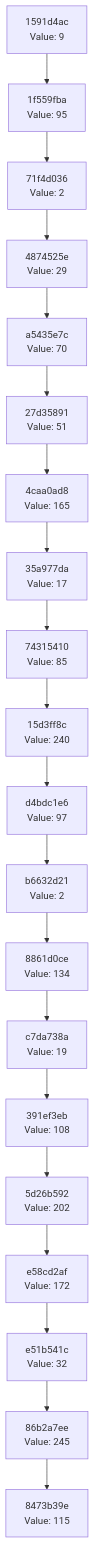
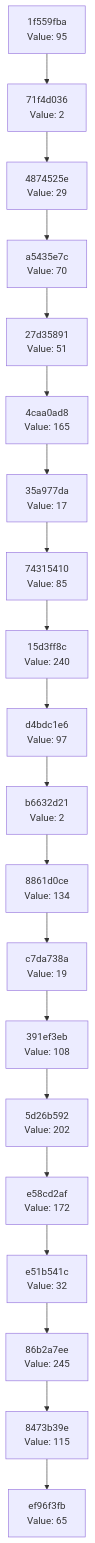
The diagram in docs/CHAIN_VISUALIZATION.md (Abhisheksinha1506/hash-chain-evolver), drawn with Mermaid before and after one commit. The commit also changed 1 other file, not shown here.

Commit message:
Evolution step: hash 0x41 → action executed

````diff
--- a/docs/CHAIN_VISUALIZATION.md
+++ b/docs/CHAIN_VISUALIZATION.md
@@ -3,42 +3,42 @@
 ```mermaid
 graph TD
-    C0["8473b39e<br/>Value: 115"]
-    C1["86b2a7ee<br/>Value: 245"]
+    C0["ef96f3fb<br/>Value: 65"]
+    C1["8473b39e<br/>Value: 115"]
     C1 --> C0
-    C2["e51b541c<br/>Value: 32"]
+    C2["86b2a7ee<br/>Value: 245"]
     C2 --> C1
-    C3["e58cd2af<br/>Value: 172"]
+    C3["e51b541c<br/>Value: 32"]
     C3 --> C2
-    C4["5d26b592<br/>Value: 202"]
+    C4["e58cd2af<br/>Value: 172"]
     C4 --> C3
-    C5["391ef3eb<br/>Value: 108"]
+    C5["5d26b592<br/>Value: 202"]
     C5 --> C4
-    C6["c7da738a<br/>Value: 19"]
+    C6["391ef3eb<br/>Value: 108"]
     C6 --> C5
-    C7["8861d0ce<br/>Value: 134"]
+    C7["c7da738a<br/>Value: 19"]
     C7 --> C6
-    C8["b6632d21<br/>Value: 2"]
+    C8["8861d0ce<br/>Value: 134"]
     C8 --> C7
-    C9["d4bdc1e6<br/>Value: 97"]
+    C9["b6632d21<br/>Value: 2"]
     C9 --> C8
-    C10["15d3ff8c<br/>Value: 240"]
+    C10["d4bdc1e6<br/>Value: 97"]
     C10 --> C9
-    C11["74315410<br/>Value: 85"]
+    C11["15d3ff8c<br/>Value: 240"]
     C11 --> C10
-    C12["35a977da<br/>Value: 17"]
+    C12["74315410<br/>Value: 85"]
     C12 --> C11
-    C13["4caa0ad8<br/>Value: 165"]
+    C13["35a977da<br/>Value: 17"]
     C13 --> C12
-    C14["27d35891<br/>Value: 51"]
+    C14["4caa0ad8<br/>Value: 165"]
     C14 --> C13
-    C15["a5435e7c<br/>Value: 70"]
+    C15["27d35891<br/>Value: 51"]
     C15 --> C14
-    C16["4874525e<br/>Value: 29"]
+    C16["a5435e7c<br/>Value: 70"]
     C16 --> C15
-    C17["71f4d036<br/>Value: 2"]
+    C17["4874525e<br/>Value: 29"]
     C17 --> C16
-    C18["1f559fba<br/>Value: 95"]
+    C18["71f4d036<br/>Value: 2"]
     C18 --> C17
-    C19["1591d4ac<br/>Value: 9"]
+    C19["1f559fba<br/>Value: 95"]
     C19 --> C18
 ```
````
